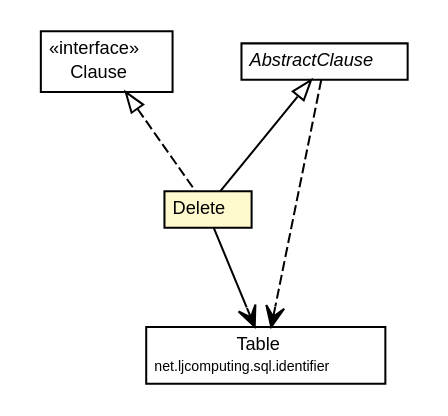
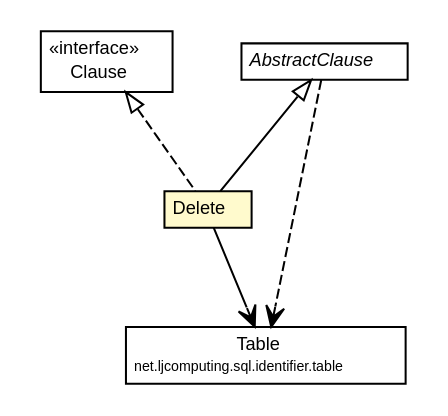
One commit to willmorejg/net.ljcomputing.sql changed the diagram in docs/javadoc/apidocs/net/ljcomputing/sql/clause/Delete.dot. Above: the diagram before and after it, drawn with Graphviz. The commit also changed 239 other files, not shown here.

```diff
--- a/docs/javadoc/apidocs/net/ljcomputing/sql/clause/Delete.dot
+++ b/docs/javadoc/apidocs/net/ljcomputing/sql/clause/Delete.dot
@@ -1,46 +1,46 @@
 #!/usr/local/bin/dot
 #
 # Class diagram 
 # Generated by UMLGraph version R5_6 (http://www.umlgraph.org/)
 #
 
 digraph G {
 	edge [fontname="Helvetica",fontsize=10,labelfontname="Helvetica",labelfontsize=10];
 	node [fontname="Helvetica",fontsize=10,shape=plaintext];
 	nodesep=0.25;
 	ranksep=0.5;
 	// net.ljcomputing.sql.clause.AbstractClause
-	c416 [label=<<table title="net.ljcomputing.sql.clause.AbstractClause" border="0" cellborder="1" cellspacing="0" cellpadding="2" port="p" href="./AbstractClause.html">
+	c616 [label=<<table title="net.ljcomputing.sql.clause.AbstractClause" border="0" cellborder="1" cellspacing="0" cellpadding="2" port="p" href="./AbstractClause.html">
 		<tr><td><table border="0" cellspacing="0" cellpadding="1">
 <tr><td align="center" balign="center"><font face="Helvetica-Oblique"> AbstractClause </font></td></tr>
 		</table></td></tr>
 		</table>>, URL="./AbstractClause.html", fontname="Helvetica", fontcolor="black", fontsize=9.0];
 	// net.ljcomputing.sql.clause.Clause
-	c419 [label=<<table title="net.ljcomputing.sql.clause.Clause" border="0" cellborder="1" cellspacing="0" cellpadding="2" port="p" href="./Clause.html">
+	c619 [label=<<table title="net.ljcomputing.sql.clause.Clause" border="0" cellborder="1" cellspacing="0" cellpadding="2" port="p" href="./Clause.html">
 		<tr><td><table border="0" cellspacing="0" cellpadding="1">
 <tr><td align="center" balign="center"> &#171;interface&#187; </td></tr>
 <tr><td align="center" balign="center"> Clause </td></tr>
 		</table></td></tr>
 		</table>>, URL="./Clause.html", fontname="Helvetica", fontcolor="black", fontsize=9.0];
 	// net.ljcomputing.sql.clause.Delete
-	c422 [label=<<table title="net.ljcomputing.sql.clause.Delete" border="0" cellborder="1" cellspacing="0" cellpadding="2" port="p" bgcolor="lemonChiffon" href="./Delete.html">
+	c622 [label=<<table title="net.ljcomputing.sql.clause.Delete" border="0" cellborder="1" cellspacing="0" cellpadding="2" port="p" bgcolor="lemonChiffon" href="./Delete.html">
 		<tr><td><table border="0" cellspacing="0" cellpadding="1">
 <tr><td align="center" balign="center"> Delete </td></tr>
 		</table></td></tr>
 		</table>>, URL="./Delete.html", fontname="Helvetica", fontcolor="black", fontsize=9.0];
-	// net.ljcomputing.sql.identifier.Table
-	c432 [label=<<table title="net.ljcomputing.sql.identifier.Table" border="0" cellborder="1" cellspacing="0" cellpadding="2" port="p" href="../identifier/Table.html">
+	// net.ljcomputing.sql.identifier.table.Table
+	c633 [label=<<table title="net.ljcomputing.sql.identifier.table.Table" border="0" cellborder="1" cellspacing="0" cellpadding="2" port="p" href="../identifier/table/Table.html">
 		<tr><td><table border="0" cellspacing="0" cellpadding="1">
 <tr><td align="center" balign="center"> Table </td></tr>
-<tr><td align="center" balign="center"><font point-size="7.0"> net.ljcomputing.sql.identifier </font></td></tr>
+<tr><td align="center" balign="center"><font point-size="7.0"> net.ljcomputing.sql.identifier.table </font></td></tr>
 		</table></td></tr>
-		</table>>, URL="../identifier/Table.html", fontname="Helvetica", fontcolor="black", fontsize=9.0];
+		</table>>, URL="../identifier/table/Table.html", fontname="Helvetica", fontcolor="black", fontsize=9.0];
 	//net.ljcomputing.sql.clause.Delete extends net.ljcomputing.sql.clause.AbstractClause
-	c416:p -> c422:p [dir=back,arrowtail=empty];
+	c616:p -> c622:p [dir=back,arrowtail=empty];
 	//net.ljcomputing.sql.clause.Delete implements net.ljcomputing.sql.clause.Clause
-	c419:p -> c422:p [dir=back,arrowtail=empty,style=dashed];
-	// net.ljcomputing.sql.clause.Delete NAVASSOC net.ljcomputing.sql.identifier.Table
-	c422:p -> c432:p [taillabel="", label="", headlabel="", fontname="Helvetica", fontcolor="black", fontsize=10.0, color="black", arrowhead=open];
-	// net.ljcomputing.sql.clause.AbstractClause DEPEND net.ljcomputing.sql.identifier.Table
-	c416:p -> c432:p [taillabel="", label="", headlabel="", fontname="Helvetica", fontcolor="black", fontsize=10.0, color="black", arrowhead=open, style=dashed];
+	c619:p -> c622:p [dir=back,arrowtail=empty,style=dashed];
+	// net.ljcomputing.sql.clause.Delete NAVASSOC net.ljcomputing.sql.identifier.table.Table
+	c622:p -> c633:p [taillabel="", label="", headlabel="", fontname="Helvetica", fontcolor="black", fontsize=10.0, color="black", arrowhead=open];
+	// net.ljcomputing.sql.clause.AbstractClause DEPEND net.ljcomputing.sql.identifier.table.Table
+	c616:p -> c633:p [taillabel="", label="", headlabel="", fontname="Helvetica", fontcolor="black", fontsize=10.0, color="black", arrowhead=open, style=dashed];
 }
```
